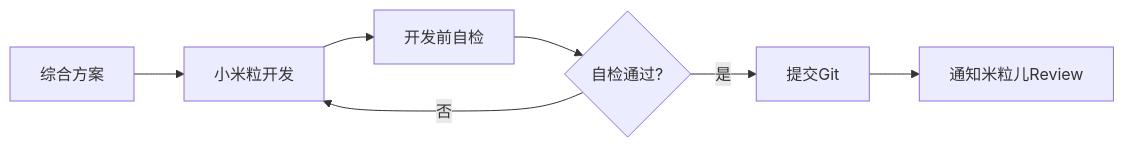
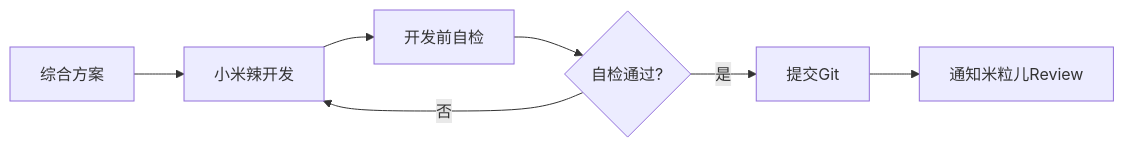
One commit to zhaog100/openclaw-skills changed the third of 6 diagrams in docs/DUAL_MILI_SYSTEM_V3_INTEGRATED.md. Above: the diagram before and after it, drawn with Mermaid. The commit also changed other lines of this file and 62 other files, not shown here.

````diff
--- a/docs/DUAL_MILI_SYSTEM_V3_INTEGRATED.md
+++ b/docs/DUAL_MILI_SYSTEM_V3_INTEGRATED.md
@@ -110,9 +110,9 @@
 ```mermaid
 graph LR
-    A[综合方案] --> B[小米粒开发]
+    A[综合方案] --> B[小米辣开发]
     B --> C[开发前自检]
     C --> D{自检通过?}
     D -->|是| E[提交Git]
     D -->|否| B
     E --> F[通知米粒儿Review]
 ```
````
